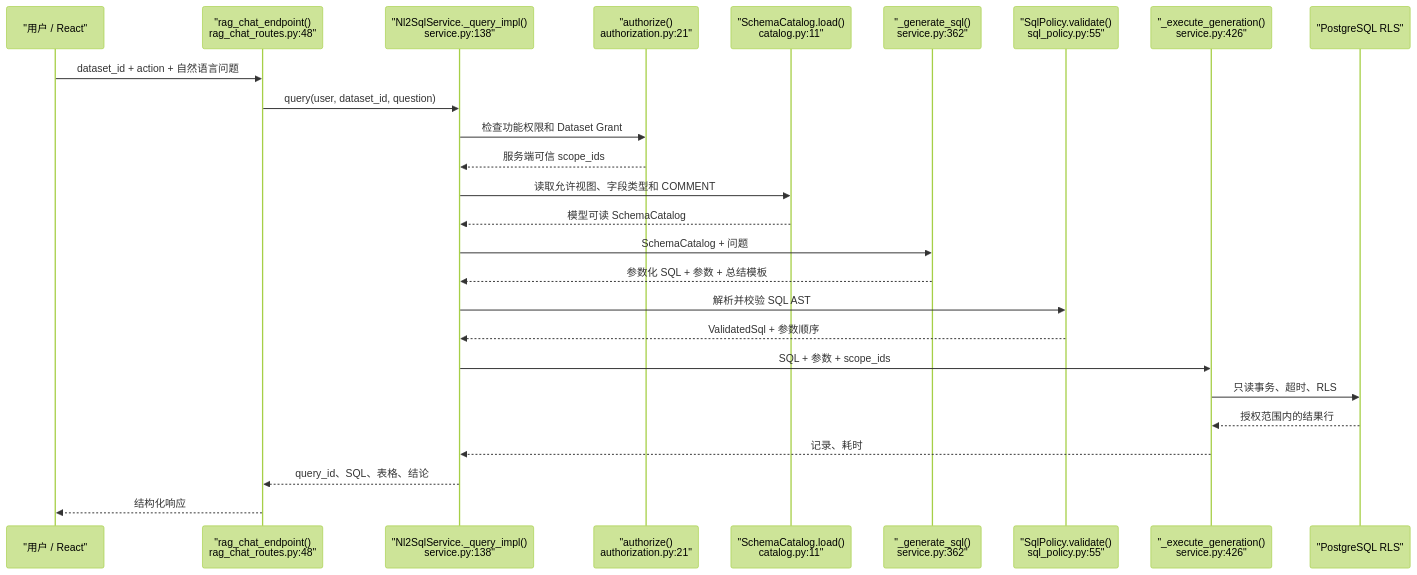
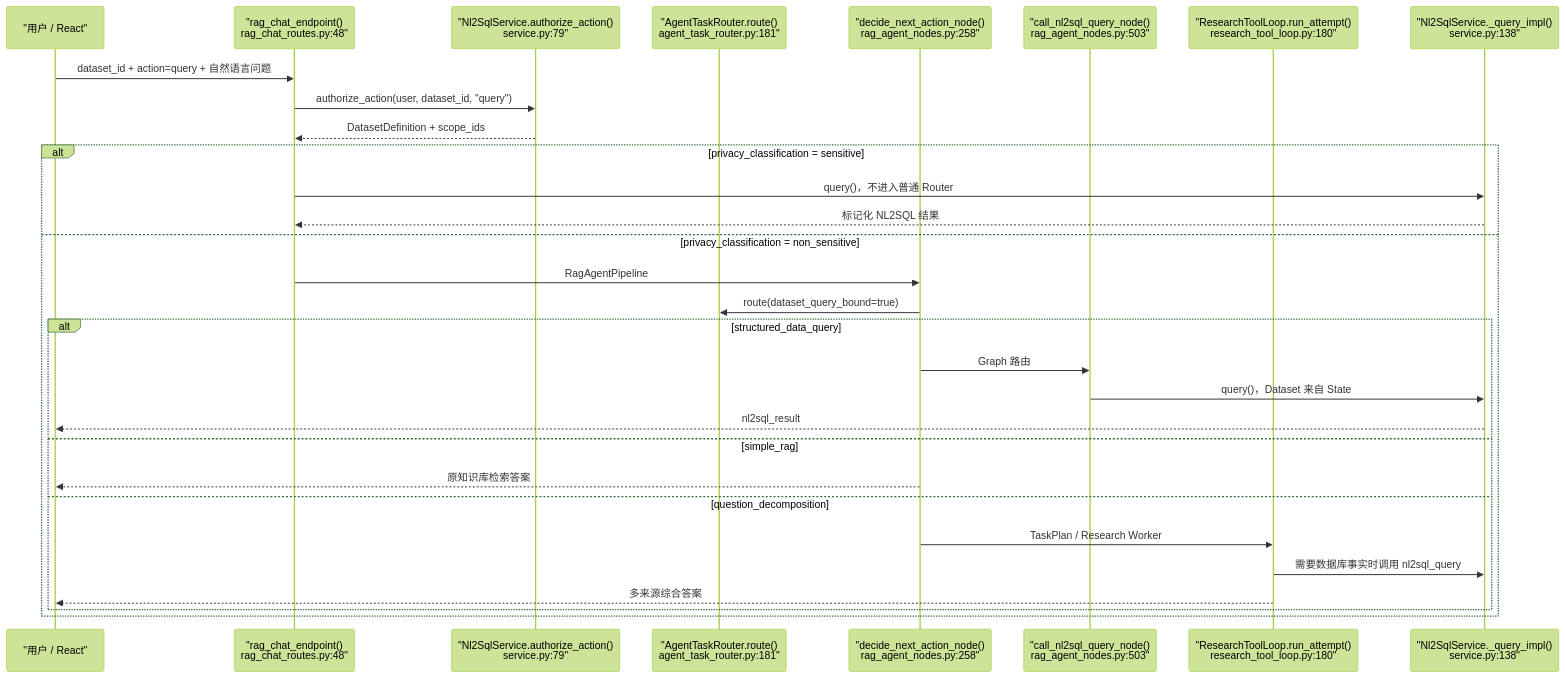
One commit to TggPoi/AIAgentDev changed the first of 10 diagrams in AI_Python_Project/python-agent-study/scripts/docs/NL2SQL自然语言转SQL实现教程.md. Above: the diagram before and after it, drawn with Mermaid (forest theme). The commit also changed other lines of this file and 44 other files, not shown here.

````diff
--- a/AI_Python_Project/python-agent-study/scripts/docs/NL2SQL自然语言转SQL实现教程.md
+++ b/AI_Python_Project/python-agent-study/scripts/docs/NL2SQL自然语言转SQL实现教程.md
@@ -149,29 +149,33 @@
 ```mermaid
 sequenceDiagram
     participant U as "用户 / React"
     participant API as "rag_chat_endpoint()<br/>rag_chat_routes.py:48"
+    participant AU as "Nl2SqlService.authorize_action()<br/>service.py:79"
+    participant R as "AgentTaskRouter.route()<br/>agent_task_router.py:181"
+    participant G as "decide_next_action_node()<br/>rag_agent_nodes.py:258"
+    participant N as "call_nl2sql_query_node()<br/>rag_agent_nodes.py:503"
+    participant W as "ResearchToolLoop.run_attempt()<br/>research_tool_loop.py:180"
     participant S as "Nl2SqlService._query_impl()<br/>service.py:138"
-    participant A as "authorize()<br/>authorization.py:21"
-    participant C as "SchemaCatalog.load()<br/>catalog.py:11"
-    participant M as "_generate_sql()<br/>service.py:362"
-    participant P as "SqlPolicy.validate()<br/>sql_policy.py:55"
-    participant D as "_execute_generation()<br/>service.py:426"
-    participant PG as "PostgreSQL RLS"
 
-    U->>API: dataset_id + action + 自然语言问题
-    API->>S: query(user, dataset_id, question)
-    S->>A: 检查功能权限和 Dataset Grant
-    A-->>S: 服务端可信 scope_ids
-    S->>C: 读取允许视图、字段类型和 COMMENT
-    C-->>S: 模型可读 SchemaCatalog
-    S->>M: SchemaCatalog + 问题
-    M-->>S: 参数化 SQL + 参数 + 总结模板
-    S->>P: 解析并校验 SQL AST
-    P-->>S: ValidatedSql + 参数顺序
-    S->>D: SQL + 参数 + scope_ids
-    D->>PG: 只读事务、超时、RLS
-    PG-->>D: 授权范围内的结果行
-    D-->>S: 记录、耗时
-    S-->>API: query_id、SQL、表格、结论
-    API-->>U: 结构化响应
+    U->>API: dataset_id + action=query + 自然语言问题
+    API->>AU: authorize_action(user, dataset_id, "query")
+    AU-->>API: DatasetDefinition + scope_ids
+    alt privacy_classification = sensitive
+        API->>S: query()，不进入普通 Router
+        S-->>API: 标记化 NL2SQL 结果
+    else privacy_classification = non_sensitive
+        API->>G: RagAgentPipeline
+        G->>R: route(dataset_query_bound=true)
+        alt structured_data_query
+            G->>N: Graph 路由
+            N->>S: query()，Dataset 来自 State
+            S-->>U: nl2sql_result
+        else simple_rag
+            G-->>U: 原知识库检索答案
+        else question_decomposition
+            G->>W: TaskPlan / Research Worker
+            W->>S: 需要数据库事实时调用 nl2sql_query
+            W-->>U: 多来源综合答案
+        end
+    end
 ```
````
